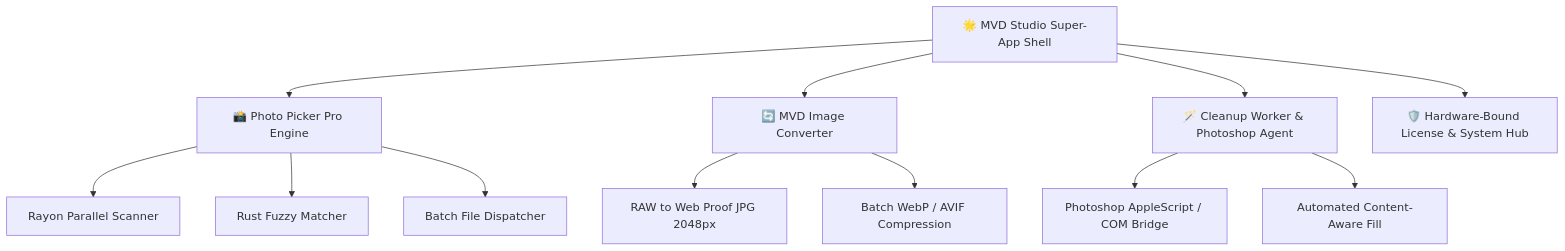
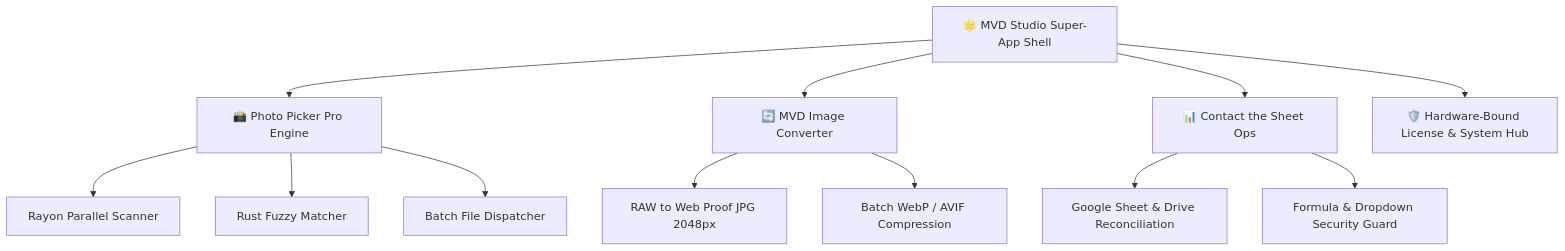
One commit to minhvuogdzz/photo-picker-pro changed the diagram in README.md. Above: the diagram before and after it, drawn with Mermaid. The commit also changed other lines of this file and 33 other files, not shown here.

````diff
--- a/README.md
+++ b/README.md
@@ -123,17 +123,17 @@
 ```mermaid
 graph TD
     A[🌟 MVD Studio Super-App Shell] --> B[📸 Photo Picker Pro Engine]
     A --> C[🔄 MVD Image Converter]
-    A --> D[🪄 Cleanup Worker & Photoshop Agent]
+    A --> D[📊 Contact the Sheet Ops]
     A --> E[🛡️ Hardware-Bound License & System Hub]
     
     B --> B1[Rayon Parallel Scanner]
     B --> B2[Rust Fuzzy Matcher]
     B --> B3[Batch File Dispatcher]
     
     C --> C1[RAW to Web Proof JPG 2048px]
     C --> C2[Batch WebP / AVIF Compression]
     
-    D --> D1[Photoshop AppleScript / COM Bridge]
-    D --> D2[Automated Content-Aware Fill]
+    D --> D1[Google Sheet & Drive Reconciliation]
+    D --> D2[Formula & Dropdown Security Guard]
 ```
````
